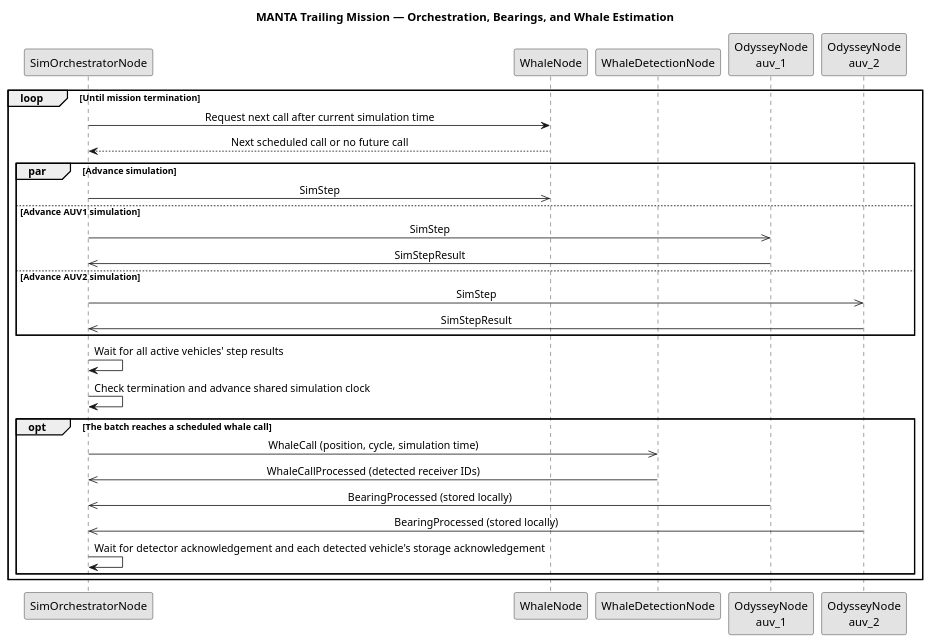
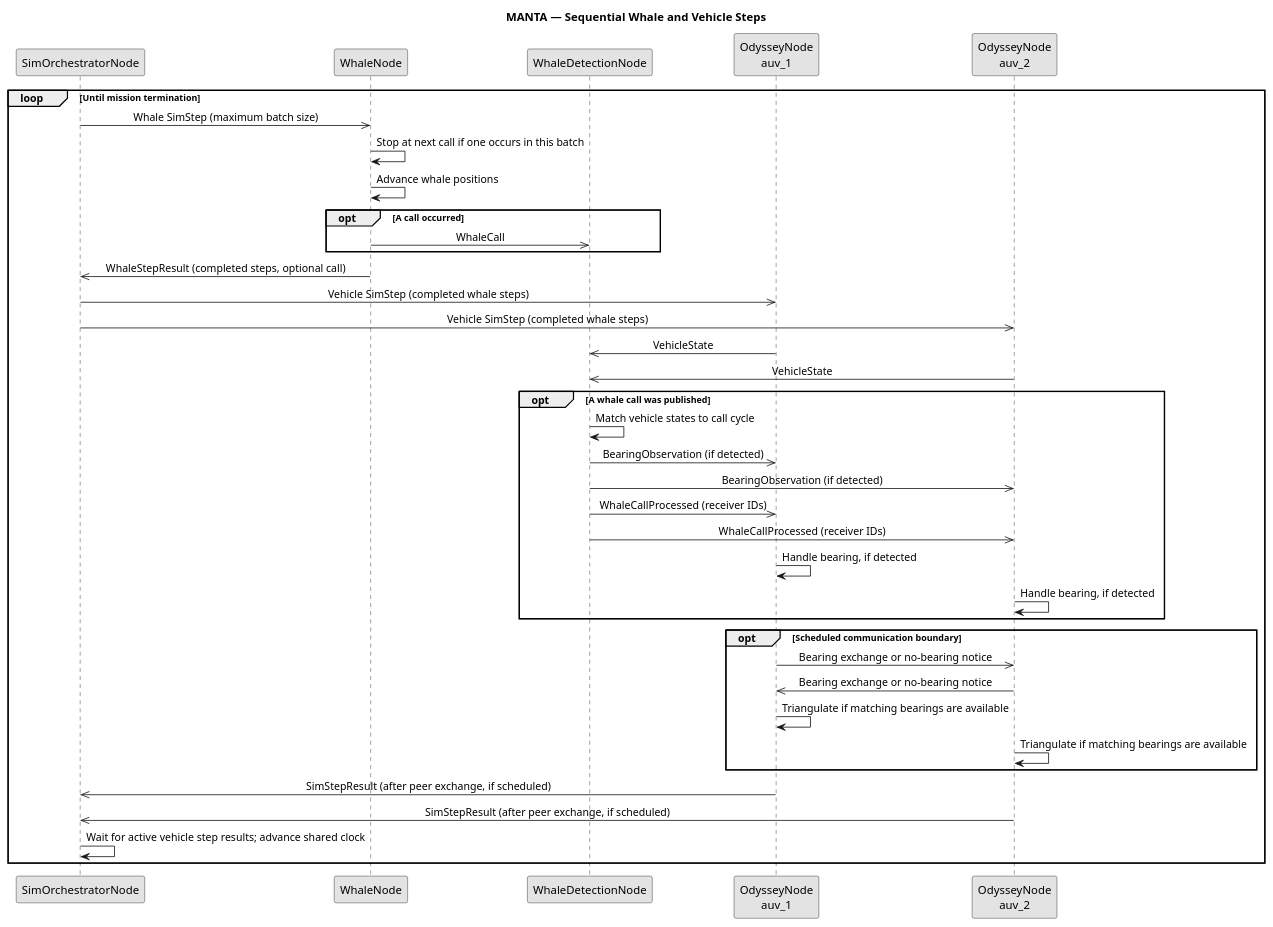
The diagram in components/manta_core/docs/sim_orchestrator_sequence.puml (Tebcherani/MANTA), drawn with PlantUML before and after one commit. The commit also changed 41 other files, not shown here.

Commit message:
Refactored manta core and simulation orchestrator

```diff
--- a/components/manta_core/docs/sim_orchestrator_sequence.puml
+++ b/components/manta_core/docs/sim_orchestrator_sequence.puml
@@ -1,42 +1,48 @@
 @startuml
-title MANTA Trailing Mission — Orchestration, Bearings, and Whale Estimation
+title MANTA — Sequential Whale and Vehicle Steps
 
 skinparam monochrome true
 skinparam shadowing false
 skinparam sequenceMessageAlign center
 skinparam responseMessageBelowArrow true
 
 participant "SimOrchestratorNode" as Orchestrator
 participant "WhaleNode" as Whale
 participant "WhaleDetectionNode" as Detection
 participant "OdysseyNode\nauv_1" as AUV1
 participant "OdysseyNode\nauv_2" as AUV2
 
 loop Until mission termination
-    Orchestrator -> Whale : Request next call after current simulation time
-    Whale --> Orchestrator : Next scheduled call or no future call
+    Orchestrator ->> Whale : Whale SimStep (maximum batch size)
+    Whale -> Whale : Stop at next call if one occurs in this batch
+    Whale -> Whale : Advance whale positions
+    opt A call occurred
+        Whale ->> Detection : WhaleCall
+    end
+    Whale ->> Orchestrator : WhaleStepResult (completed steps, optional call)
 
-    par Advance simulation
-        Orchestrator ->> Whale : SimStep
-    else Advance AUV1 simulation
-        Orchestrator ->> AUV1 : SimStep
-        AUV1 ->> Orchestrator : SimStepResult
-    else Advance AUV2 simulation
-        Orchestrator ->> AUV2 : SimStep        
-        AUV2 ->> Orchestrator : SimStepResult
+    Orchestrator ->> AUV1 : Vehicle SimStep (completed whale steps)
+    Orchestrator ->> AUV2 : Vehicle SimStep (completed whale steps)
+    AUV1 ->> Detection : VehicleState
+    AUV2 ->> Detection : VehicleState
+    opt A whale call was published
+        Detection -> Detection : Match vehicle states to call cycle
+        Detection ->> AUV1 : BearingObservation (if detected)
+        Detection ->> AUV2 : BearingObservation (if detected)
+        Detection ->> AUV1 : WhaleCallProcessed (receiver IDs)
+        Detection ->> AUV2 : WhaleCallProcessed (receiver IDs)
+        AUV1 -> AUV1 : Handle bearing, if detected
+        AUV2 -> AUV2 : Handle bearing, if detected
     end
-
-    Orchestrator -> Orchestrator : Wait for all active vehicles' step results
-    Orchestrator -> Orchestrator : Check termination and advance shared simulation clock
-
-    opt The batch reaches a scheduled whale call
-        Orchestrator ->> Detection : WhaleCall (position, cycle, simulation time)
-        Detection ->> Orchestrator : WhaleCallProcessed (detected receiver IDs)
-        AUV1 ->> Orchestrator : BearingProcessed (stored locally)
-        AUV2 ->> Orchestrator : BearingProcessed (stored locally)
-
-        Orchestrator -> Orchestrator : Wait for detector acknowledgement and each detected vehicle's storage acknowledgement
+    opt Scheduled communication boundary
+        AUV1 ->> AUV2 : Bearing exchange or no-bearing notice
+        AUV2 ->> AUV1 : Bearing exchange or no-bearing notice
+        AUV1 -> AUV1 : Triangulate if matching bearings are available
+        AUV2 -> AUV2 : Triangulate if matching bearings are available
     end
+    AUV1 ->> Orchestrator : SimStepResult (after peer exchange, if scheduled)
+    AUV2 ->> Orchestrator : SimStepResult (after peer exchange, if scheduled)
+    Orchestrator -> Orchestrator : Wait for active vehicle step results; advance shared clock
 end
 
 @enduml
```
